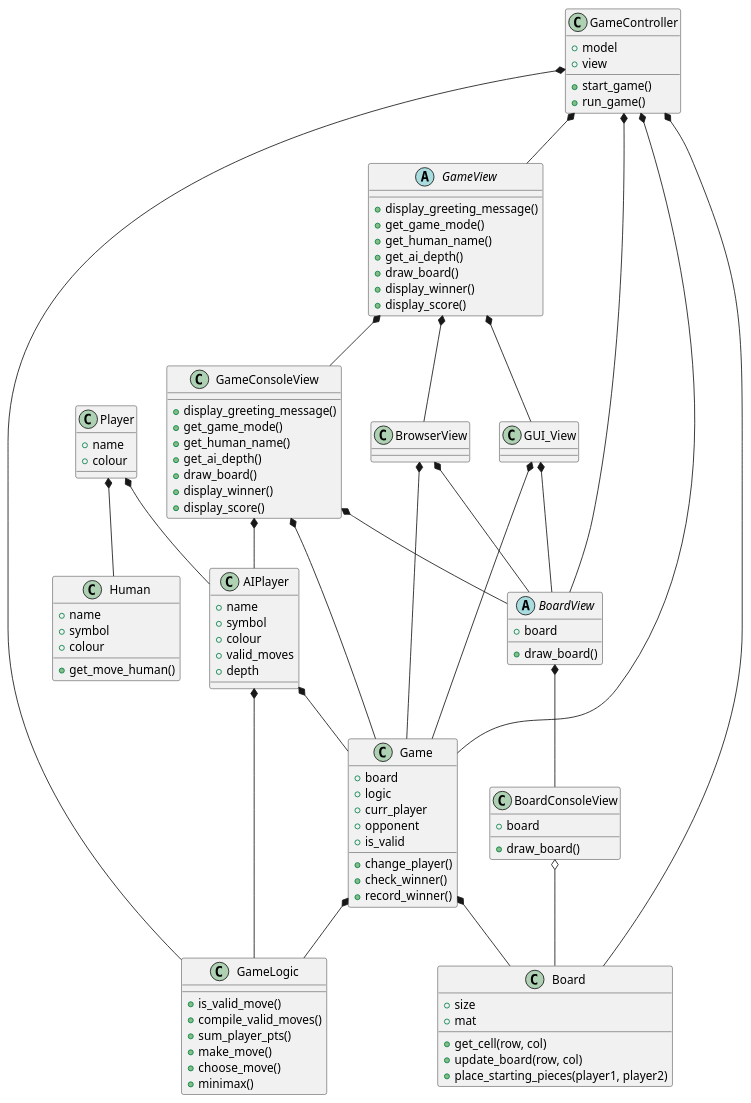
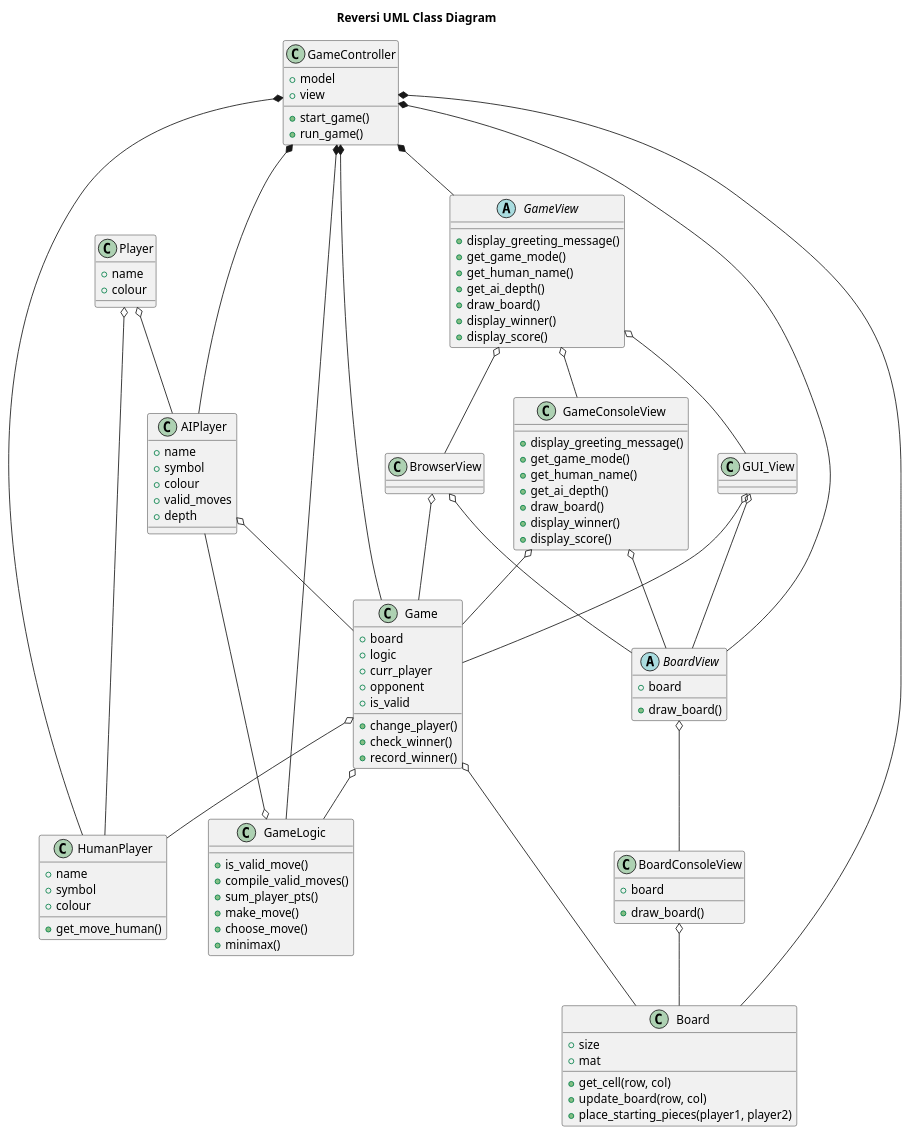
Before and after one commit to asherbillinkoff/reversi: the diagram in reversi.puml, drawn with PlantUML. The commit also changed 7 other files, not shown here.

```diff
--- a/reversi.puml
+++ b/reversi.puml
@@ -1,116 +1,119 @@
 @startuml Reversi Class Diagram
 
-Player *-- Human
-Player *-- AIPlayer
-AIPlayer *-- Game
-AIPlayer *-- GameLogic
-Game *-- Board
-Game *-- GameLogic
-GameConsoleView *-- Game
-GameConsoleView *-- AIPlayer
+title Reversi UML Class Diagram
+Player o-- HumanPlayer
+Player o-- AIPlayer
+AIPlayer o-- Game
+GameLogic o-- AIPlayer
+Game o-- Board
+Game o-- GameLogic
+Game o-- HumanPlayer
+GameConsoleView o-- Game
 BoardConsoleView o-- Board
-BoardView *-- BoardConsoleView
-GameConsoleView *-- BoardView
-GUI_View *-- Game
-GUI_View *-- BoardView
-BrowserView *-- BoardView
-BrowserView *-- Game
-GameView *-- GameConsoleView
-GameView *-- GUI_View
-GameView *-- BrowserView
+BoardView o-- BoardConsoleView
+GameConsoleView o-- BoardView
+GUI_View o-- Game
+GUI_View o-- BoardView
+BrowserView o-- BoardView
+BrowserView o-- Game
+GameView o-- GameConsoleView
+GameView o-- GUI_View
+GameView o-- BrowserView
+GameController *-- HumanPlayer
+GameController *-- AIPlayer
 GameController *-- GameLogic
 GameController *-- Game    
 GameController *-- Board
 GameController *-- BoardView
 GameController *-- GameView
 
-class Human {
+class HumanPlayer {
     + name 
     + symbol
     + colour
     + get_move_human()
 }
 
 class AIPlayer {
     + name 
     + symbol
     + colour
     + valid_moves
     + depth
 }
 
 class Player {
     + name
     + colour
 }
 
 class Board {
     + size
     + mat
     + get_cell(row, col)
     + update_board(row, col)
     + place_starting_pieces(player1, player2)
 }
 
 class Game {
     + board
     + logic
     + curr_player
     + opponent
     + is_valid
     + change_player()
     + check_winner()
     + record_winner()
 }
 
 class GameLogic {
     + is_valid_move()
     + compile_valid_moves()
     + sum_player_pts()
     + make_move()
     + choose_move()
     + minimax()
 }
 
 abstract class GameView {
     + display_greeting_message()
     + get_game_mode()
     + get_human_name()
     + get_ai_depth()
     + draw_board()
     + display_winner()
     + display_score()
 }
 
 class GameConsoleView {
     + display_greeting_message()
     + get_game_mode()
     + get_human_name()
     + get_ai_depth()
     + draw_board()
     + display_winner()
     + display_score()
 }
 
 abstract class BoardView {
     + board
     + draw_board()
 }
 
 class BoardConsoleView {
     + board
     + draw_board()
 }
 
 class GUI_View {}
 
 class BrowserView {}
 
 class GameController {
     + model
     + view
     + start_game()
     + run_game()
 }
 
 @enduml
```
